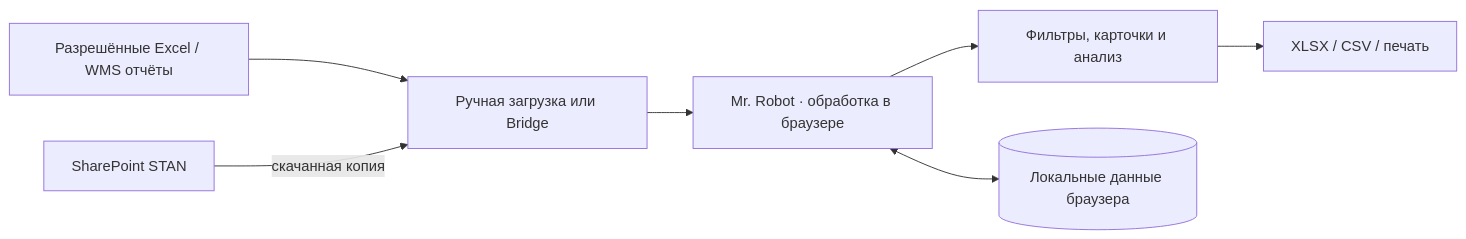
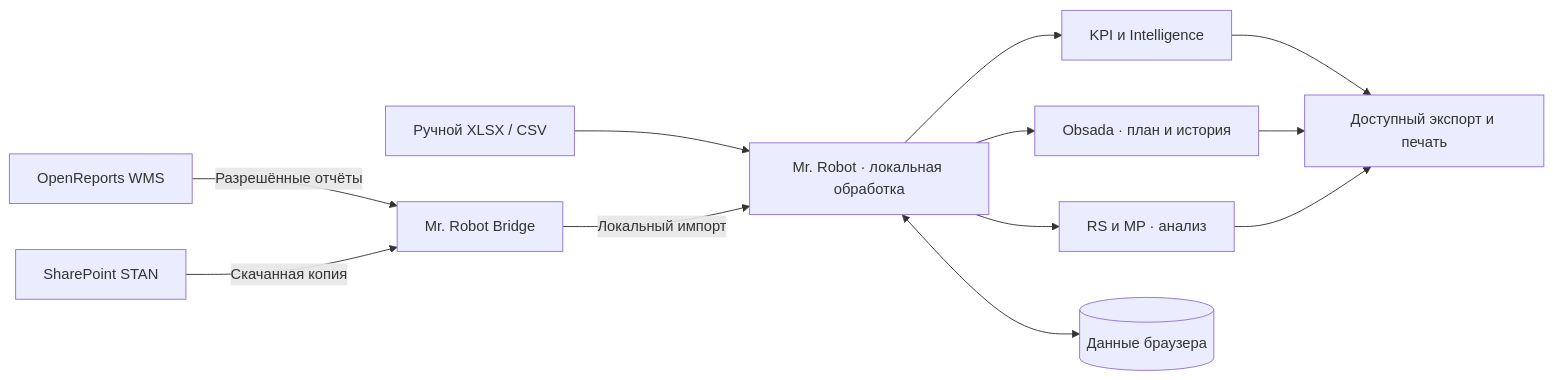
One commit to horkiroman4408-cyber/Mr.-Robot-App changed the diagram in README.ru.md. Above: the diagram before and after it, drawn with Mermaid. The commit also changed other lines of this file and 2 other files, not shown here.

````diff
--- a/README.ru.md
+++ b/README.ru.md
@@ -128,9 +143,14 @@
 ```mermaid
 flowchart LR
-    A[Разрешённые Excel / WMS отчёты] --> B[Ручная загрузка или Bridge]
-    B --> C[Mr. Robot · обработка в браузере]
-    C --> D[Фильтры, карточки и анализ]
-    D --> E[XLSX / CSV / печать]
-    C <--> F[(Локальные данные браузера)]
-    G[SharePoint STAN] -->|скачанная копия| B
+    A[OpenReports WMS] -->|Разрешённые отчёты| B[Mr. Robot Bridge]
+    S[SharePoint STAN] -->|Скачанная копия| B
+    M[Ручной XLSX / CSV] --> C[Mr. Robot · локальная обработка]
+    B -->|Локальный импорт| C
+    C --> D[KPI и Intelligence]
+    C --> E[Obsada · план и история]
+    C --> F[RS и MP · анализ]
+    D --> X[Доступный экспорт и печать]
+    E --> X
+    F --> X
+    C <--> L[(Данные браузера)]
 ```
````
